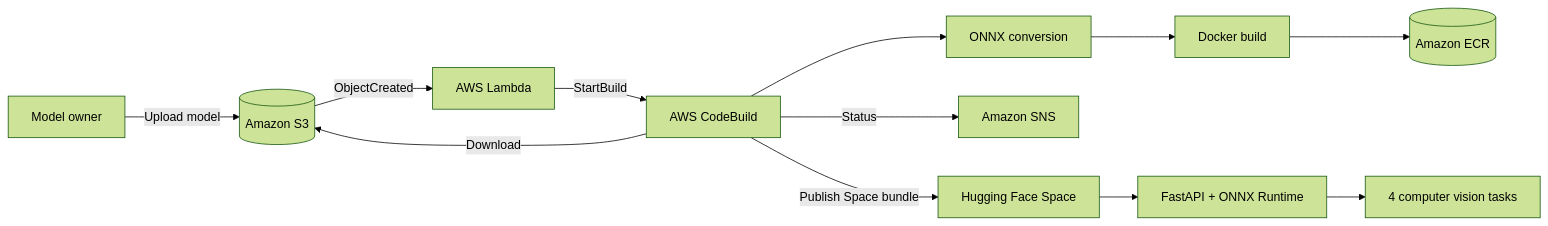
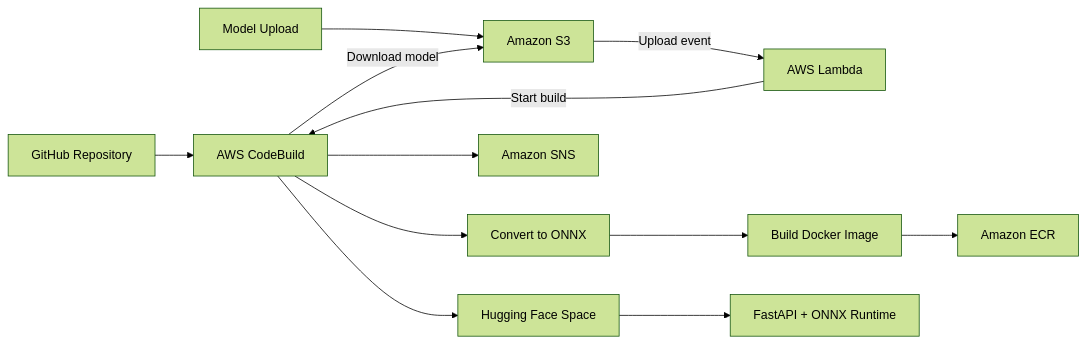
The diagram in README.md (karthikeyanr103/MLOps-YoloV5), drawn with Mermaid (forest theme) before and after one commit. The commit also changed other lines of this file, not shown here.

````diff
--- a/README.md
+++ b/README.md
@@ -38,14 +36,14 @@
 ```mermaid
 flowchart LR
-    User[Model owner] -->|Upload model| S3[(Amazon S3)]
-    S3 -->|ObjectCreated| Lambda[AWS Lambda]
-    Lambda -->|StartBuild| CB[AWS CodeBuild]
-    CB -->|Download| S3
-    CB --> ONNX[ONNX conversion]
-    ONNX --> Docker[Docker build]
-    Docker --> ECR[(Amazon ECR)]
-    CB -->|Status| SNS[Amazon SNS]
-    CB -->|Publish Space bundle| HF[Hugging Face Space]
-    HF --> API[FastAPI + ONNX Runtime]
-    API --> Tasks[4 computer vision tasks]
+    GitHub[GitHub Repository] --> CodeBuild[AWS CodeBuild]
+    User[Model Upload] --> S3[Amazon S3]
+    S3 -->|Upload event| Lambda[AWS Lambda]
+    Lambda -->|Start build| CodeBuild
+    CodeBuild -->|Download model| S3
+    CodeBuild --> ONNX[Convert to ONNX]
+    ONNX --> Docker[Build Docker Image]
+    Docker --> ECR[Amazon ECR]
+    CodeBuild --> SNS[Amazon SNS]
+    CodeBuild --> HF[Hugging Face Space]
+    HF --> App[FastAPI + ONNX Runtime]
 ```
````
